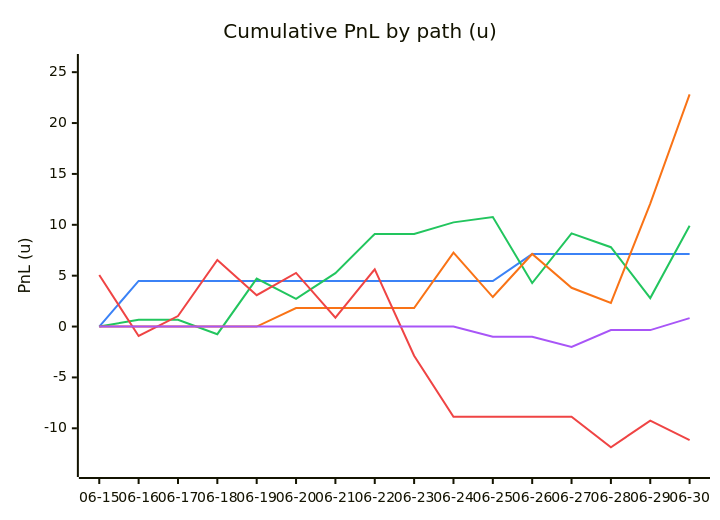
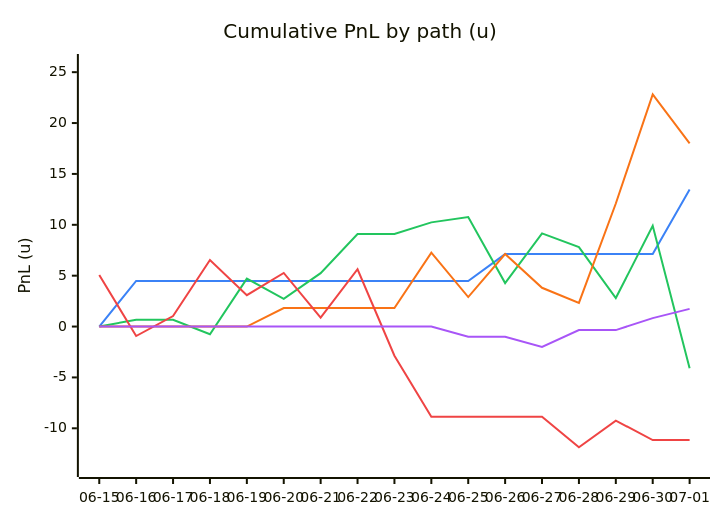
One commit to dpk1212/nhl-savant changed the first of 5 diagrams in DAILY_AGSU_REPORT.md. Above: the diagram before and after it, drawn with Mermaid. The commit also changed other lines of this file, not shown here.

````diff
--- a/DAILY_AGSU_REPORT.md
+++ b/DAILY_AGSU_REPORT.md
@@ -202,12 +198,12 @@
 ```mermaid
 %%{init: {"themeVariables": {"xyChart": {"plotColorPalette": "#3b82f6,#22c55e,#f97316,#ef4444,#a855f7"}}}}%%
 xychart-beta
     title "Cumulative PnL by path (u)"
-    x-axis ["06-15", "06-16", "06-17", "06-18", "06-19", "06-20", "06-21", "06-22", "06-23", "06-24", "06-25", "06-26", "06-27", "06-28", "06-29", "06-30"]
+    x-axis ["06-15", "06-16", "06-17", "06-18", "06-19", "06-20", "06-21", "06-22", "06-23", "06-24", "06-25", "06-26", "06-27", "06-28", "06-29", "06-30", "07-01"]
     y-axis "PnL (u)" -14 --> 26
-    line [0, 4.48, 4.48, 4.48, 4.48, 4.48, 4.48, 4.48, 4.48, 4.48, 4.48, 7.12, 7.12, 7.12, 7.12, 7.12]
-    line [0, 0.67, 0.67, -0.75, 4.71, 2.73, 5.25, 9.1, 9.1, 10.24, 10.77, 4.27, 9.16, 7.8, 2.8, 9.91]
-    line [0, 0, 0, 0, 0, 1.82, 1.82, 1.82, 1.82, 7.26, 2.9, 7.13, 3.81, 2.32, 12.09, 22.82]
-    line [5.07, -0.93, 1.03, 6.54, 3.08, 5.27, 0.88, 5.63, -2.87, -8.87, -8.87, -8.87, -8.87, -11.87, -9.24, -11.16]
-    line [0, 0, 0, 0, 0, 0, 0, 0, 0, 0, -1, -1, -2, -0.35, -0.35, 0.83]
+    line [0, 4.48, 4.48, 4.48, 4.48, 4.48, 4.48, 4.48, 4.48, 4.48, 4.48, 7.12, 7.12, 7.12, 7.12, 7.12, 13.47]
+    line [0, 0.67, 0.67, -0.75, 4.71, 2.73, 5.25, 9.1, 9.1, 10.24, 10.77, 4.27, 9.16, 7.8, 2.8, 9.91, -4.09]
+    line [0, 0, 0, 0, 0, 1.82, 1.82, 1.82, 1.82, 7.26, 2.9, 7.13, 3.81, 2.32, 12.09, 22.82, 18]
+    line [5.07, -0.93, 1.03, 6.54, 3.08, 5.27, 0.88, 5.63, -2.87, -8.87, -8.87, -8.87, -8.87, -11.87, -9.24, -11.16, -11.16]
+    line [0, 0, 0, 0, 0, 0, 0, 0, 0, 0, -1, -1, -2, -0.35, -0.35, 0.83, 1.74]
 ```
````
